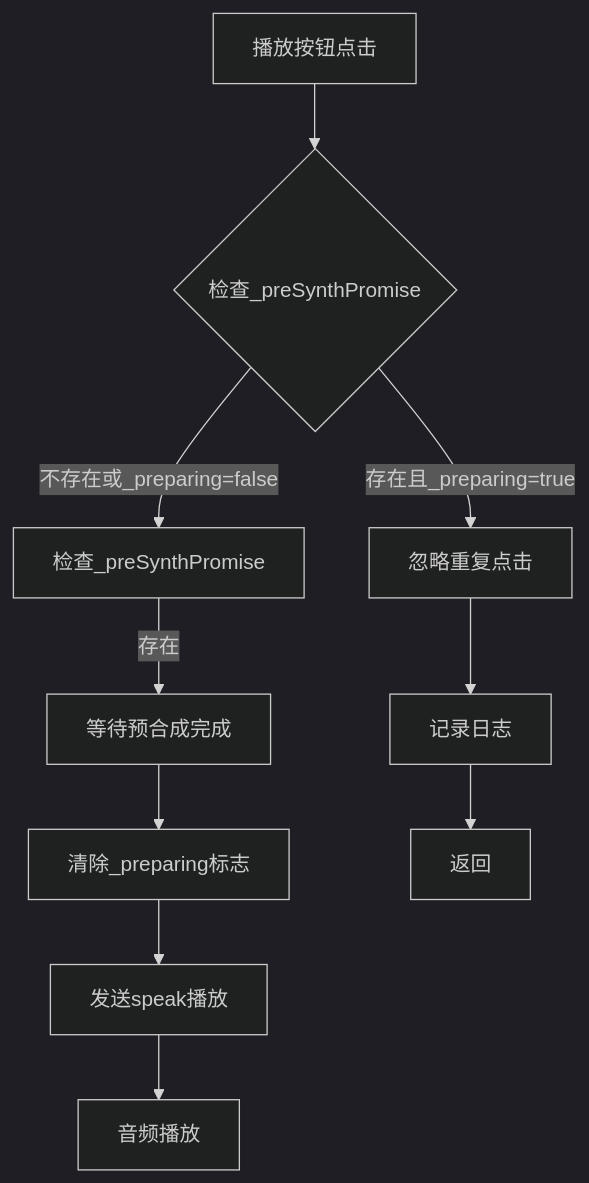
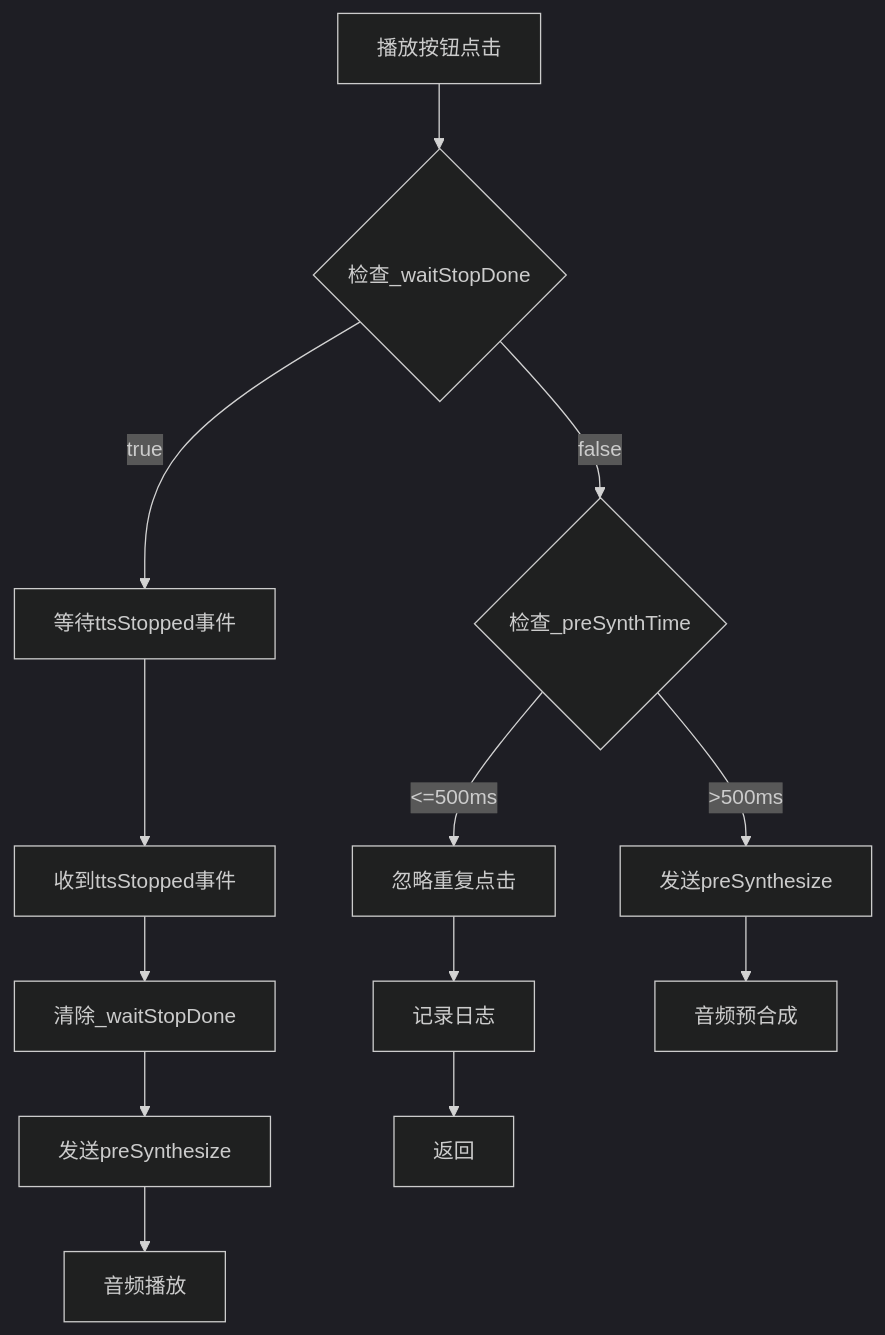
Before and after one commit to zhao-zg/cx: the eighth of 14 diagrams in .qoder/repowiki/zh/content/移动应用开发/TTS静态实例管理系统.md, drawn with Mermaid (dark theme). The commit also changed other lines of this file and 32 other files, not shown here.

````diff
--- a/.qoder/repowiki/zh/content/移动应用开发/TTS静态实例管理系统.md
+++ b/.qoder/repowiki/zh/content/移动应用开发/TTS静态实例管理系统.md
@@ -365,12 +384,15 @@
 ```mermaid
 flowchart TD
-A[播放按钮点击] --> B{检查_preSynthPromise}
-B --> |存在且_preparing=true| C[忽略重复点击]
-B --> |不存在或_preparing=false| D[检查_preSynthPromise]
-D --> |存在| E[等待预合成完成]
-E --> F[清除_preparing标志]
-F --> G[发送speak播放]
-C --> H[记录日志]
-H --> I[返回]
-G --> J[音频播放]
+A[播放按钮点击] --> B{检查_waitStopDone}
+B --> |true| C[等待ttsStopped事件]
+B --> |false| D{检查_preSynthTime}
+D --> |>500ms| E[发送preSynthesize]
+D --> |<=500ms| F[忽略重复点击]
+C --> G[收到ttsStopped事件]
+G --> H[清除_waitStopDone]
+H --> I[发送preSynthesize]
+F --> J[记录日志]
+J --> K[返回]
+E --> L[音频预合成]
+I --> M[音频播放]
 ```
````
